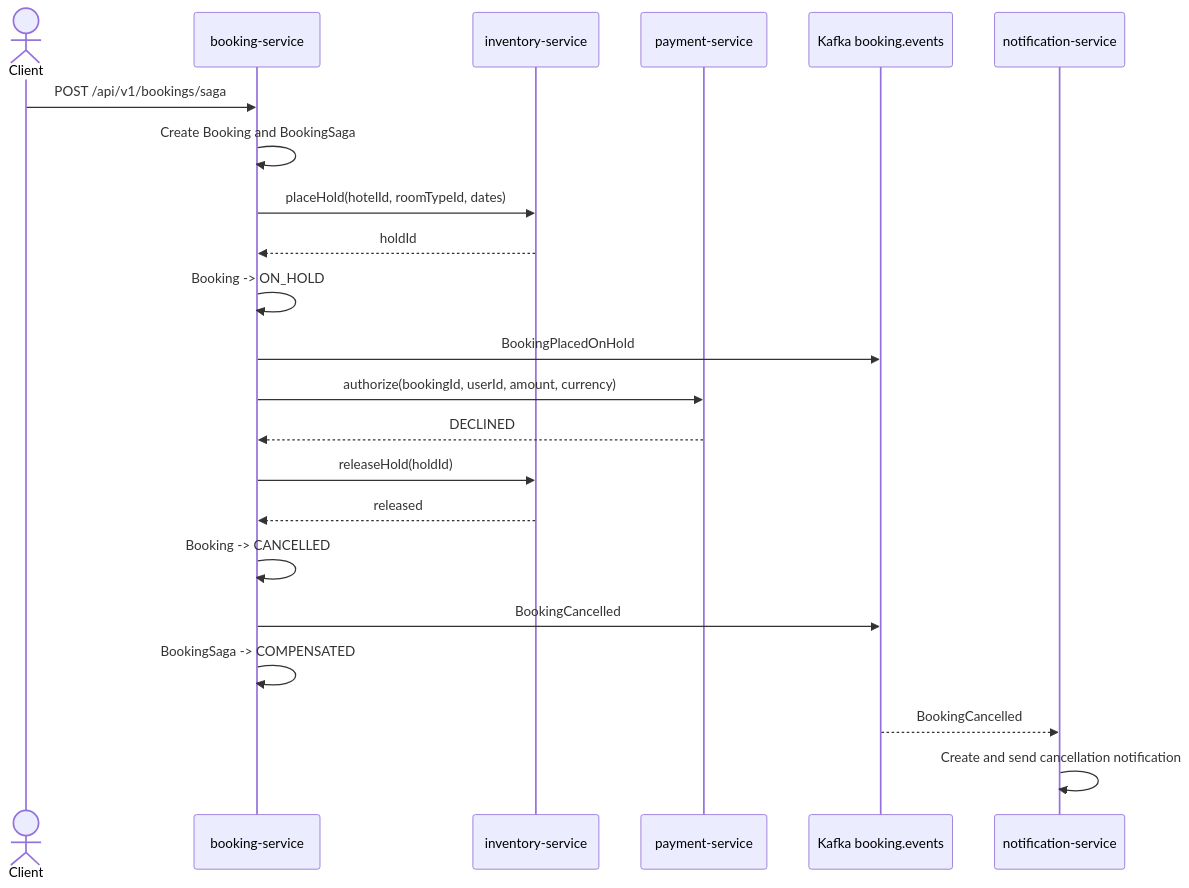
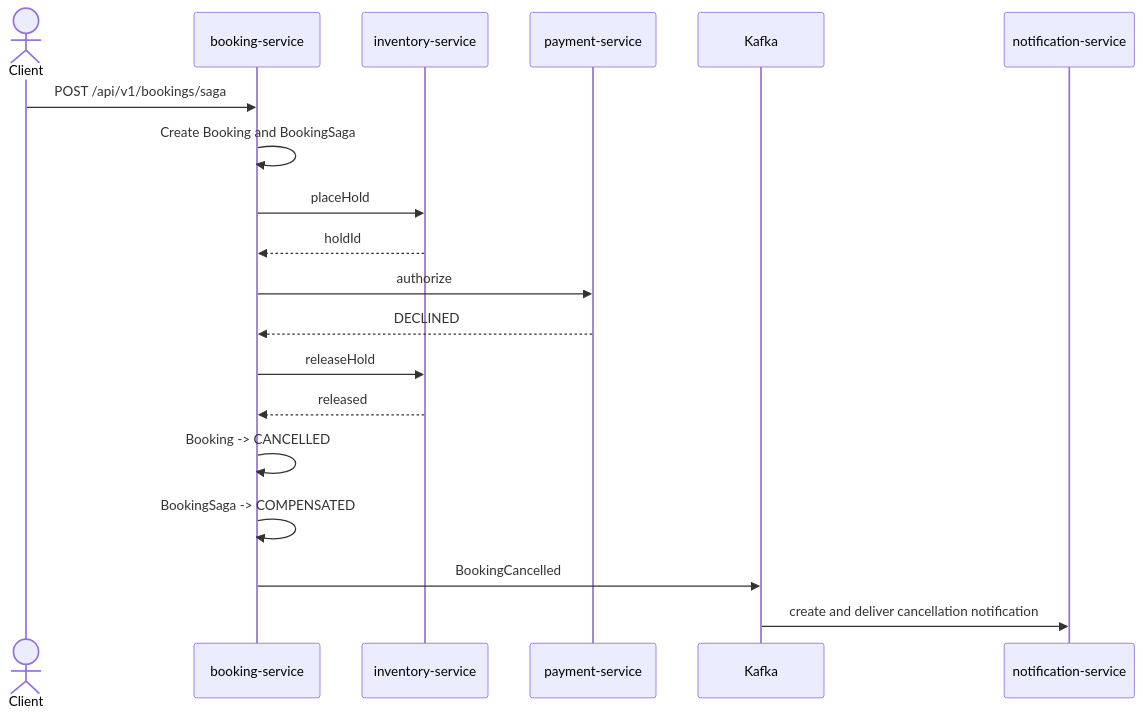
The fourth of 4 diagrams in docs/booking-saga.md (VolkovIO/hotelbooking), drawn with Mermaid before and after one commit. The commit also changed other lines of this file and 11 other files, not shown here.

````diff
--- a/docs/booking-saga.md
+++ b/docs/booking-saga.md
@@ -176,30 +201,22 @@
 ```mermaid
 sequenceDiagram
     actor Client
     participant Booking as booking-service
     participant Inventory as inventory-service
     participant Payment as payment-service
-    participant Kafka as Kafka booking.events
+    participant Kafka as Kafka
     participant Notification as notification-service
 
     Client->>Booking: POST /api/v1/bookings/saga
     Booking->>Booking: Create Booking and BookingSaga
-
-    Booking->>Inventory: placeHold(hotelId, roomTypeId, dates)
+    Booking->>Inventory: placeHold
     Inventory-->>Booking: holdId
-    Booking->>Booking: Booking -> ON_HOLD
-    Booking->>Kafka: BookingPlacedOnHold
-
-    Booking->>Payment: authorize(bookingId, userId, amount, currency)
+    Booking->>Payment: authorize
     Payment-->>Booking: DECLINED
-
-    Booking->>Inventory: releaseHold(holdId)
+    Booking->>Inventory: releaseHold
     Inventory-->>Booking: released
-
     Booking->>Booking: Booking -> CANCELLED
+    Booking->>Booking: BookingSaga -> COMPENSATED
     Booking->>Kafka: BookingCancelled
-
-    Booking->>Booking: BookingSaga -> COMPENSATED
-    Kafka-->>Notification: BookingCancelled
-    Notification->>Notification: Create and send cancellation notification
+    Kafka->>Notification: create and deliver cancellation notification
 ```
````
